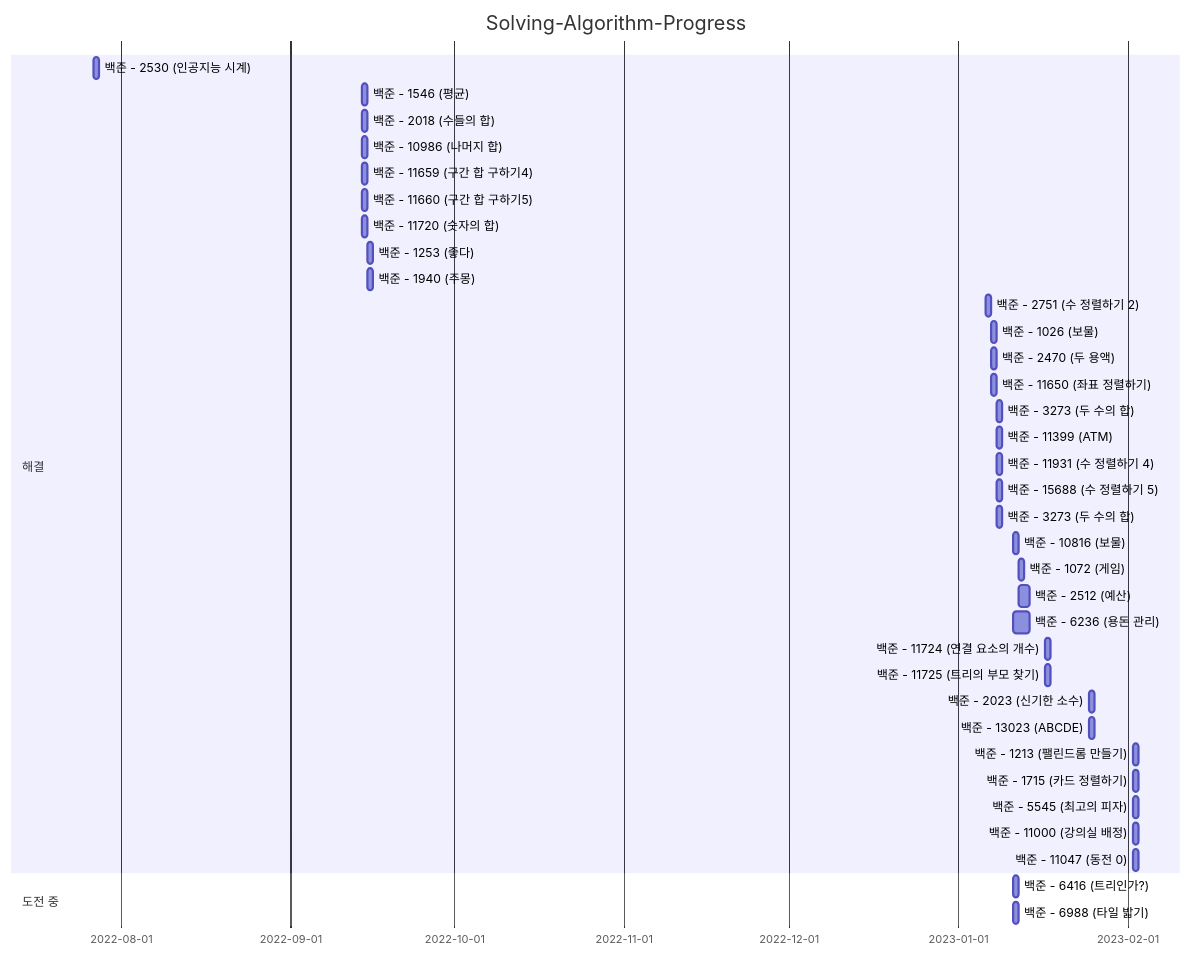
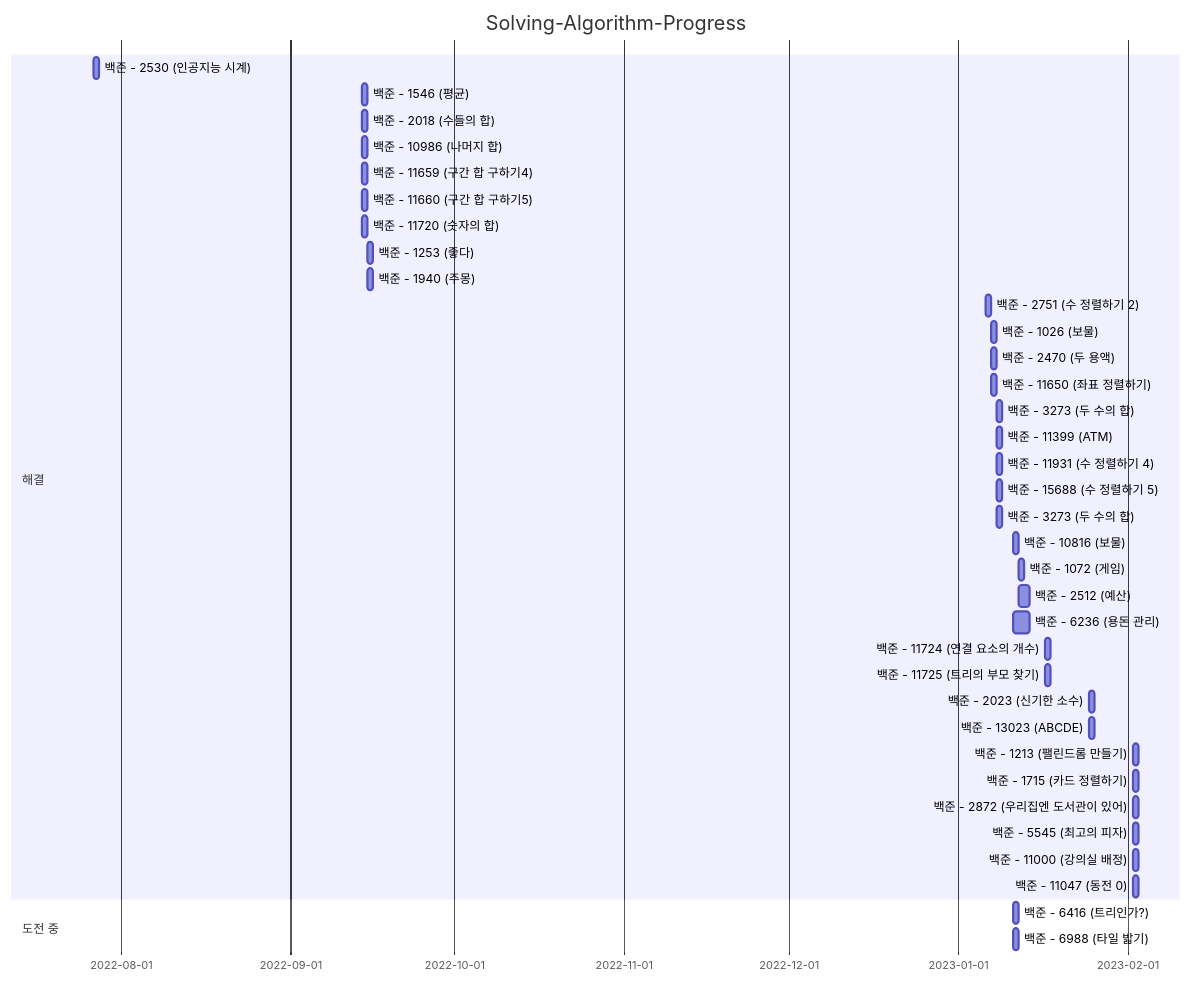
One commit to darkblose/BaekjunJava changed the diagram in README.md. Above: the diagram before and after it, drawn with Mermaid. The commit also changed other lines of this file and 2 other files, not shown here.

Commit message:
Solved : 2872

````diff
--- a/README.md
+++ b/README.md
@@ -41,42 +47,43 @@
 ```mermaid
 gantt
 dateFormat YYYY-MM-DD
 title Solving-Algorithm-Progress
 
     section 해결
-    백준 - 2530 (인공지능 시계)   : chap1, 2022-07-27, 1d
-    백준 - 1546 (평균)          : chap1, 2022-09-14, 1d
-    백준 - 2018 (수들의 합)      : chap1, 2022-09-14, 1d
-    백준 - 10986 (나머지 합)     : chap1, 2022-09-14, 1d
-    백준 - 11659 (구간 합 구하기4) : chap1, 2022-09-14, 1d
-    백준 - 11660 (구간 합 구하기5) : chap1, 2022-09-14, 1d
-    백준 - 11720 (숫자의 합)     : chap1, 2022-09-14, 1d
-    백준 - 1253 (좋다)          : chap1, 2022-09-15, 1d
-    백준 - 1940 (주몽)          : chap1, 2022-09-15, 1d
-    백준 - 2751 (수 정렬하기 2)   : chap2, 2023-01-06, 1d
-    백준 - 1026 (보물)          : chap2, 2023-01-07, 1d
-    백준 - 2470 (두 용액)        : chap2, 2023-01-07, 1d
-    백준 - 11650 (좌표 정렬하기)   : chap2, 2023-01-07, 1d
-    백준 - 3273 (두 수의 합)     : chap2, 2023-01-08, 1d
-    백준 - 11399 (ATM)         : chap2, 2023-01-08, 1d
-    백준 - 11931 (수 정렬하기 4)  : chap2, 2023-01-08, 1d
-    백준 - 15688 (수 정렬하기 5)  : chap2, 2023-01-08, 1d
-    백준 - 3273 (두 수의 합)     : chap2, 2023-01-08, 1d
-    백준 - 10816 (보물)         : chap2, 2023-01-11, 1d
-    백준 - 1072 (게임)          : chap3, 2023-01-12, 1d
-    백준 - 2512 (예산)          : chap3, 2023-01-12, 2d
-    백준 - 6236 (용돈 관리)      : chap3, 2023-01-11, 3d
-    백준 - 11724 (연결 요소의 개수): chap4, 2023-01-17, 1d
-    백준 - 11725 (트리의 부모 찾기): chap4, 2023-01-17, 1d
-    백준 - 2023 (신기한 소수)    : chap5, 2023-01-25, 1d
-    백준 - 13023 (ABCDE)      : chap5, 2023-01-25, 1d
-    백준 - 1213 (팰린드롬 만들기)  : chap6, 2023-02-02, 1d
-    백준 - 1715 (카드 정렬하기)    : chap6, 2023-02-02, 1d
-    백준 - 5545 (최고의 피자)     : chap6, 2023-02-02, 1d
-    백준 - 11000 (강의실 배정)    : chap6, 2023-02-02, 1d
-    백준 - 11047 (동전 0)       : chap6, 2023-02-02, 1d
+    백준 - 2530 (인공지능 시계)       : chap1, 2022-07-27, 1d
+    백준 - 1546 (평균)              : chap1, 2022-09-14, 1d
+    백준 - 2018 (수들의 합)          : chap1, 2022-09-14, 1d
+    백준 - 10986 (나머지 합)         : chap1, 2022-09-14, 1d
+    백준 - 11659 (구간 합 구하기4)     : chap1, 2022-09-14, 1d
+    백준 - 11660 (구간 합 구하기5)     : chap1, 2022-09-14, 1d
+    백준 - 11720 (숫자의 합)         : chap1, 2022-09-14, 1d
+    백준 - 1253 (좋다)              : chap1, 2022-09-15, 1d
+    백준 - 1940 (주몽)              : chap1, 2022-09-15, 1d
+    백준 - 2751 (수 정렬하기 2)       : chap2, 2023-01-06, 1d
+    백준 - 1026 (보물)              : chap2, 2023-01-07, 1d
+    백준 - 2470 (두 용액)            : chap2, 2023-01-07, 1d
+    백준 - 11650 (좌표 정렬하기)       : chap2, 2023-01-07, 1d
+    백준 - 3273 (두 수의 합)         : chap2, 2023-01-08, 1d
+    백준 - 11399 (ATM)             : chap2, 2023-01-08, 1d
+    백준 - 11931 (수 정렬하기 4)      : chap2, 2023-01-08, 1d
+    백준 - 15688 (수 정렬하기 5)      : chap2, 2023-01-08, 1d
+    백준 - 3273 (두 수의 합)         : chap2, 2023-01-08, 1d
+    백준 - 10816 (보물)             : chap2, 2023-01-11, 1d
+    백준 - 1072 (게임)              : chap3, 2023-01-12, 1d
+    백준 - 2512 (예산)              : chap3, 2023-01-12, 2d
+    백준 - 6236 (용돈 관리)          : chap3, 2023-01-11, 3d
+    백준 - 11724 (연결 요소의 개수)    : chap4, 2023-01-17, 1d
+    백준 - 11725 (트리의 부모 찾기)    : chap4, 2023-01-17, 1d
+    백준 - 2023 (신기한 소수)         : chap5, 2023-01-25, 1d
+    백준 - 13023 (ABCDE)           : chap5, 2023-01-25, 1d
+    백준 - 1213 (팰린드롬 만들기)       : chap6, 2023-02-02, 1d
+    백준 - 1715 (카드 정렬하기)        : chap6, 2023-02-02, 1d
+    백준 - 2872 (우리집엔 도서관이 있어) : chap6, 2023-02-02, 1d
+    백준 - 5545 (최고의 피자)         : chap6, 2023-02-02, 1d
+    백준 - 11000 (강의실 배정)        : chap6, 2023-02-02, 1d
+    백준 - 11047 (동전 0)           : chap6, 2023-02-02, 1d
     
     section 도전 중
     백준 - 6416 (트리인가?)    : challenging, 2023-01-11, 1d
     백준 - 6988 (타일 밟기)    : challenging, 2023-01-11, 1d
 ```
````
